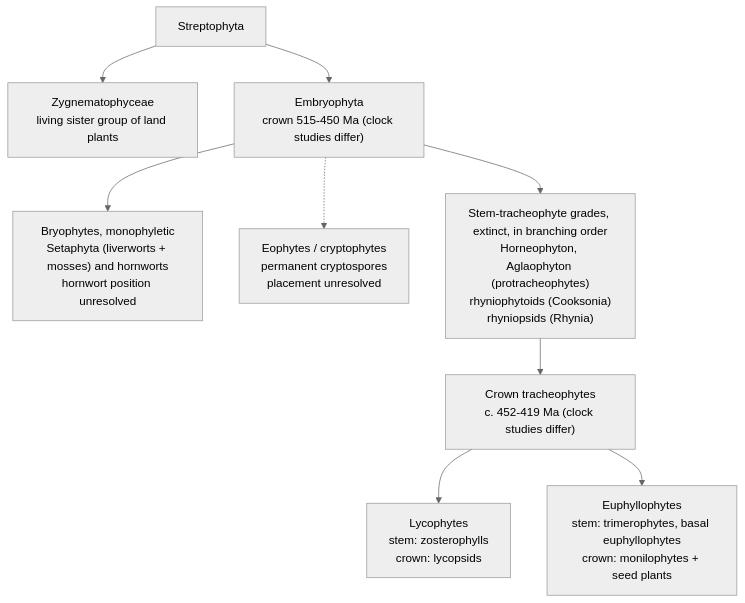
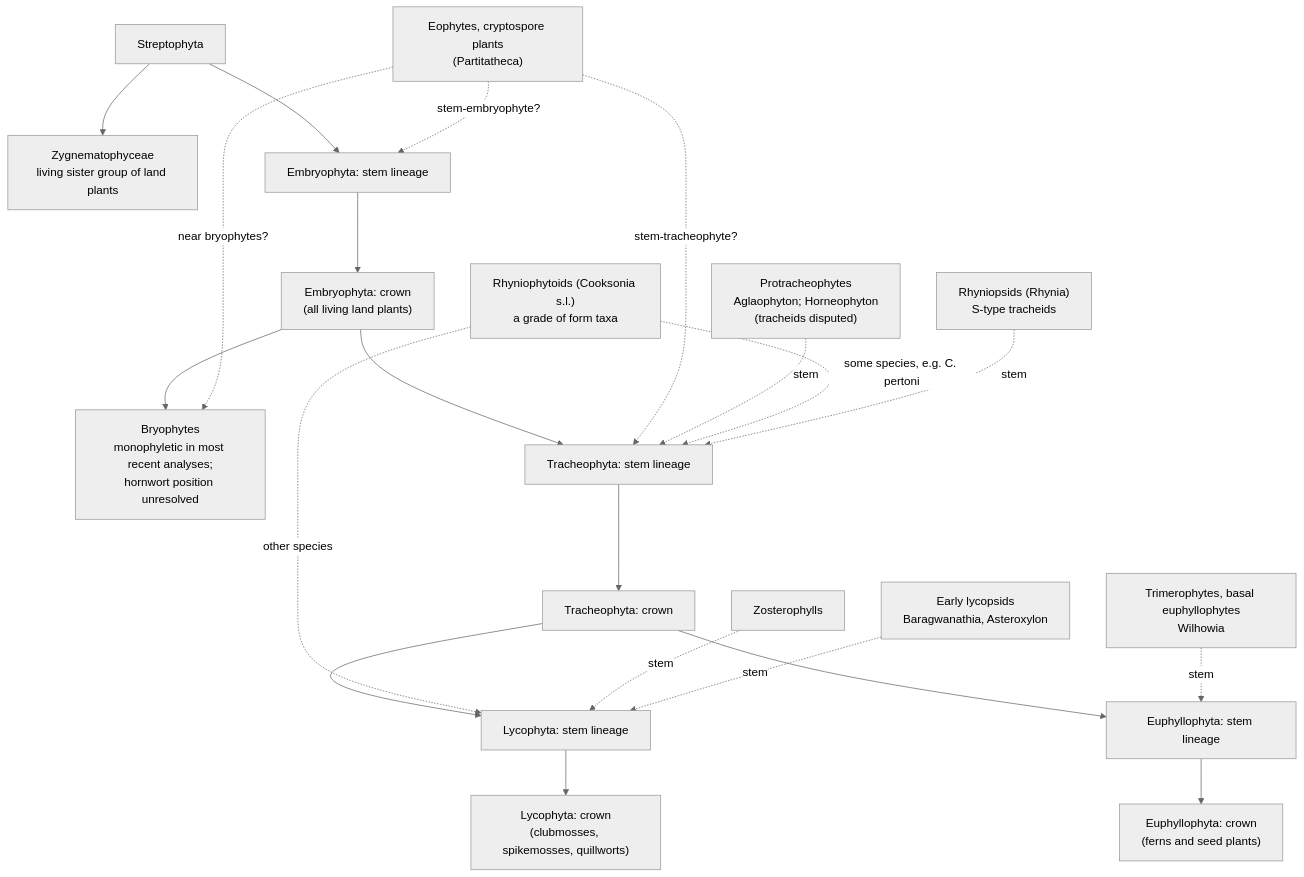
One commit to BWBrook/silurian_plants changed the diagram in docs/primer.md. Above: the diagram before and after it, drawn with Mermaid (neutral theme). The commit also changed other lines of this file and 19 other files, not shown here.

````diff
--- a/docs/primer.md
+++ b/docs/primer.md
@@ -147,20 +179,25 @@
 ```mermaid
 flowchart TD
-    STR["Streptophyta"]
-    ZYG["Zygnematophyceae<br/>living sister group of land plants"]
-    EMB["Embryophyta<br/>crown 515-450 Ma (clock studies differ)"]
-    BRY["Bryophytes, monophyletic<br/>Setaphyta (liverworts + mosses) and hornworts<br/>hornwort position unresolved"]
-    EOP["Eophytes / cryptophytes<br/>permanent cryptospores<br/>placement unresolved"]
-    STEM["Stem-tracheophyte grades, extinct, in branching order<br/>Horneophyton, Aglaophyton (protracheophytes)<br/>rhyniophytoids (Cooksonia)<br/>rhyniopsids (Rhynia)"]
-    CRN["Crown tracheophytes<br/>c. 452-419 Ma (clock studies differ)"]
-    LYC["Lycophytes<br/>stem: zosterophylls<br/>crown: lycopsids"]
-    EUP["Euphyllophytes<br/>stem: trimerophytes, basal euphyllophytes<br/>crown: monilophytes + seed plants"]
-    STR --> ZYG
-    STR --> EMB
-    EMB --> BRY
-    EMB --> STEM
-    EMB -.-> EOP
-    STEM --> CRN
-    CRN --> LYC
-    CRN --> EUP
+    STR["Streptophyta"] --> ZYG["Zygnematophyceae<br/>living sister group of land plants"]
+    STR --> EMBs["Embryophyta: stem lineage"]
+    EMBs --> EMB["Embryophyta: crown<br/>(all living land plants)"]
+    EMB --> BRY["Bryophytes<br/>monophyletic in most recent analyses;<br/>hornwort position unresolved"]
+    EMB --> TRAs["Tracheophyta: stem lineage"]
+    TRAs --> TRA["Tracheophyta: crown"]
+    TRA --> LYCs["Lycophyta: stem lineage"]
+    LYCs --> LYC["Lycophyta: crown<br/>(clubmosses, spikemosses, quillworts)"]
+    TRA --> EUPs["Euphyllophyta: stem lineage"]
+    EUPs --> EUP["Euphyllophyta: crown<br/>(ferns and seed plants)"]
+
+    EOP["Eophytes, cryptospore plants<br/>(Partitatheca)"]
+    EOP -.->|"stem-embryophyte?"| EMBs
+    EOP -.->|"stem-tracheophyte?"| TRAs
+    EOP -.->|"near bryophytes?"| BRY
+    PRO["Protracheophytes<br/>Aglaophyton; Horneophyton<br/>(tracheids disputed)"] -.->|"stem"| TRAs
+    RHD["Rhyniophytoids (Cooksonia s.l.)<br/>a grade of form taxa"] -.->|"some species, e.g. C. pertoni"| TRAs
+    RHD -.->|"other species"| LYCs
+    RNP["Rhyniopsids (Rhynia)<br/>S-type tracheids"] -.->|"stem"| TRAs
+    ZOS["Zosterophylls"] -.->|"stem"| LYCs
+    ELY["Early lycopsids<br/>Baragwanathia, Asteroxylon"] -.->|"stem"| LYCs
+    TRI["Trimerophytes, basal euphyllophytes<br/>Wilhowia"] -.->|"stem"| EUPs
 ```
````
